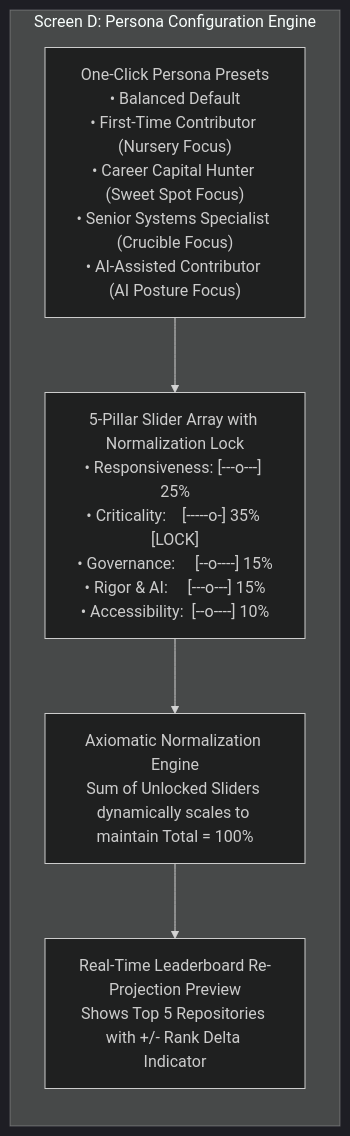
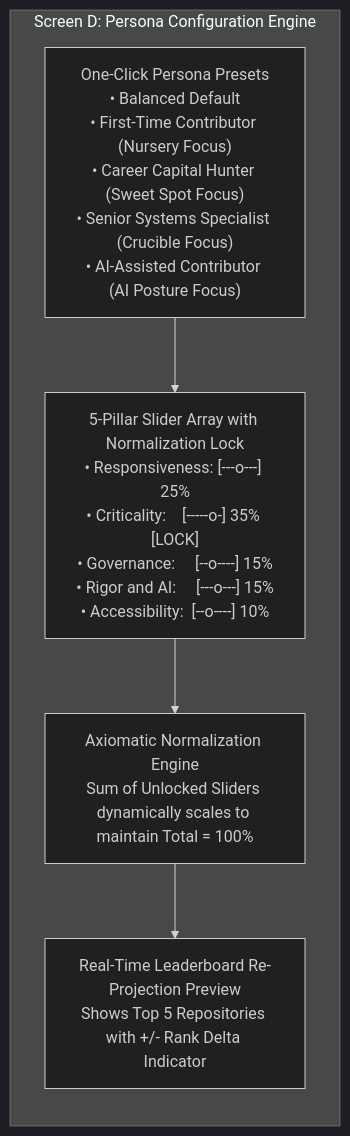
The ninth of 10 diagrams in docs/UI_UX_SPECIFICATION.md (pctablet505/porchlamp-engine), drawn with Mermaid (dark theme) before and after one commit. The commit also changed other lines of this file and 3 other files, not shown here.

Commit message:
docs: resolve all GFM, KaTeX, and Mermaid rendering issues across architecture and UI specs

````diff
--- a/docs/UI_UX_SPECIFICATION.md
+++ b/docs/UI_UX_SPECIFICATION.md
@@ -504,17 +405,17 @@
 ```mermaid
 flowchart TD
     subgraph ConfiguratorEngine ["Screen D: Persona Configuration Engine"]
         direction TB
         PresetSelector["One-Click Persona Presets<br/>• Balanced Default<br/>• First-Time Contributor (Nursery Focus)<br/>• Career Capital Hunter (Sweet Spot Focus)<br/>• Senior Systems Specialist (Crucible Focus)<br/>• AI-Assisted Contributor (AI Posture Focus)"]
         
-        Sliders["5-Pillar Slider Array with Normalization Lock<br/>• Responsiveness: [---o---] 25%<br/>• Criticality:    [-----o-] 35% [LOCK]<br/>• Governance:     [--o----] 15%<br/>• Rigor & AI:     [---o---] 15%<br/>• Accessibility:  [--o----] 10%"]
+        Sliders["5-Pillar Slider Array with Normalization Lock<br/>• Responsiveness: [---o---] 25%<br/>• Criticality:    [-----o-] 35% [LOCK]<br/>• Governance:     [--o----] 15%<br/>• Rigor and AI:     [---o---] 15%<br/>• Accessibility:  [--o----] 10%"]
         
         Normalizer["Axiomatic Normalization Engine<br/>Sum of Unlocked Sliders dynamically scales to maintain Total = 100%"]
         
         LivePreview["Real-Time Leaderboard Re-Projection Preview<br/>Shows Top 5 Repositories with +/- Rank Delta Indicator"]
     end
 
     PresetSelector --> Sliders
     Sliders --> Normalizer
     Normalizer --> LivePreview
 ```
````
